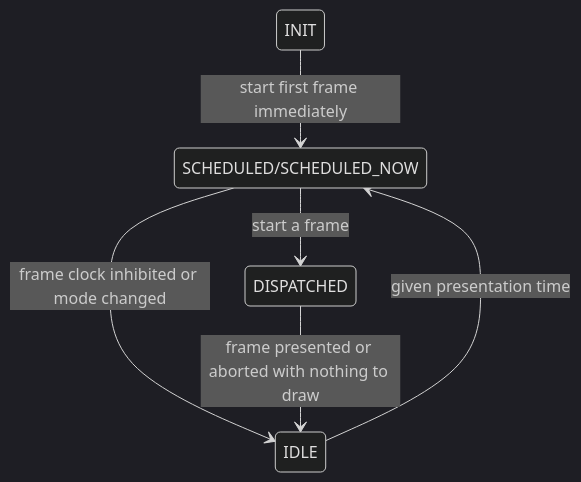
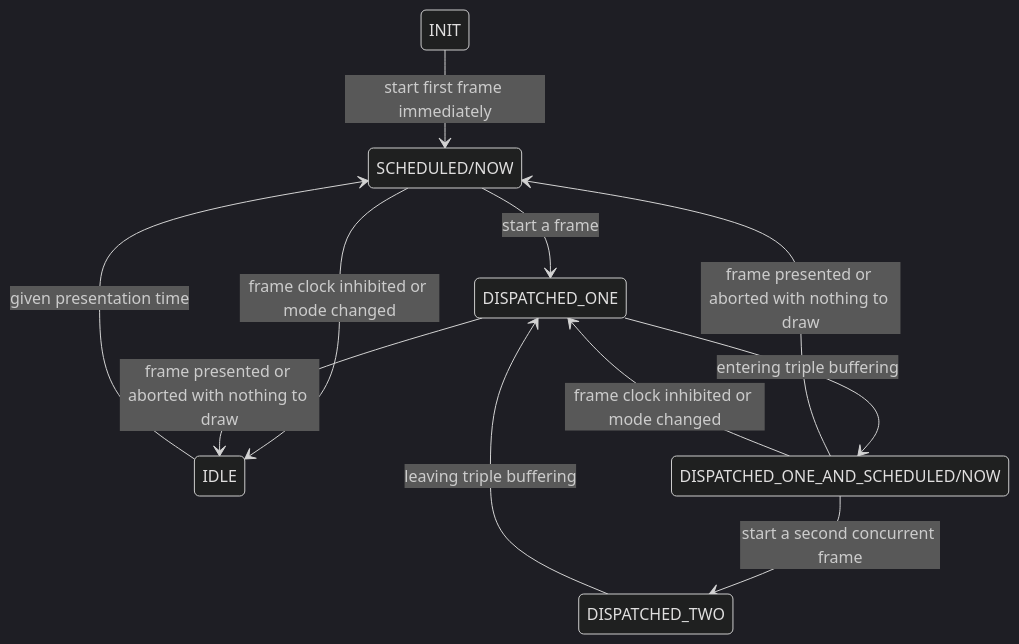
One commit to warlice/mutter changed the diagram in doc/clutter-frame-scheduling.md. Above: the diagram before and after it, drawn with Mermaid (dark theme). The commit also changed 1 other file, not shown here.

Commit message:
clutter/frame-clock: Add triple buffering support
This replaces the DISPATCHED state with four new states that are possible
with triple buffering:

  DISPATCHED_ONE:                   Double buffering
  DISPATCHED_ONE_AND_SCHEDULED:     Scheduled switch to triple buffering
  DISPATCHED_ONE_AND_SCHEDULED_NOW: Scheduled switch to triple buffering
  DISPATCHED_TWO:                   Triple buffering

It's four states simply because you now have two booleans that are no
longer mutually exclusive: DISPATCHED and SCHEDULED.

````diff
--- a/doc/clutter-frame-scheduling.md
+++ b/doc/clutter-frame-scheduling.md
@@ -5,8 +5,13 @@
 ```mermaid
 stateDiagram
-    INIT --> SCHEDULED/SCHEDULED_NOW : start first frame immediately
-    IDLE --> SCHEDULED/SCHEDULED_NOW : given presentation time
-    SCHEDULED/SCHEDULED_NOW --> IDLE : frame clock inhibited or mode changed
-    SCHEDULED/SCHEDULED_NOW --> DISPATCHED : start a frame
-    DISPATCHED --> IDLE : frame presented or aborted with nothing to draw
+    INIT --> SCHEDULED/NOW : start first frame immediately
+    IDLE --> SCHEDULED/NOW : given presentation time
+    SCHEDULED/NOW --> IDLE : frame clock inhibited or mode changed
+    SCHEDULED/NOW --> DISPATCHED_ONE : start a frame
+    DISPATCHED_ONE --> IDLE : frame presented or aborted with nothing to draw
+    DISPATCHED_ONE --> DISPATCHED_ONE_AND_SCHEDULED/NOW : entering triple buffering
+    DISPATCHED_ONE_AND_SCHEDULED/NOW --> SCHEDULED/NOW : frame presented or aborted with nothing to draw
+    DISPATCHED_ONE_AND_SCHEDULED/NOW --> DISPATCHED_ONE : frame clock inhibited or mode changed
+    DISPATCHED_ONE_AND_SCHEDULED/NOW --> DISPATCHED_TWO : start a second concurrent frame
+    DISPATCHED_TWO --> DISPATCHED_ONE : leaving triple buffering
 ```
````
